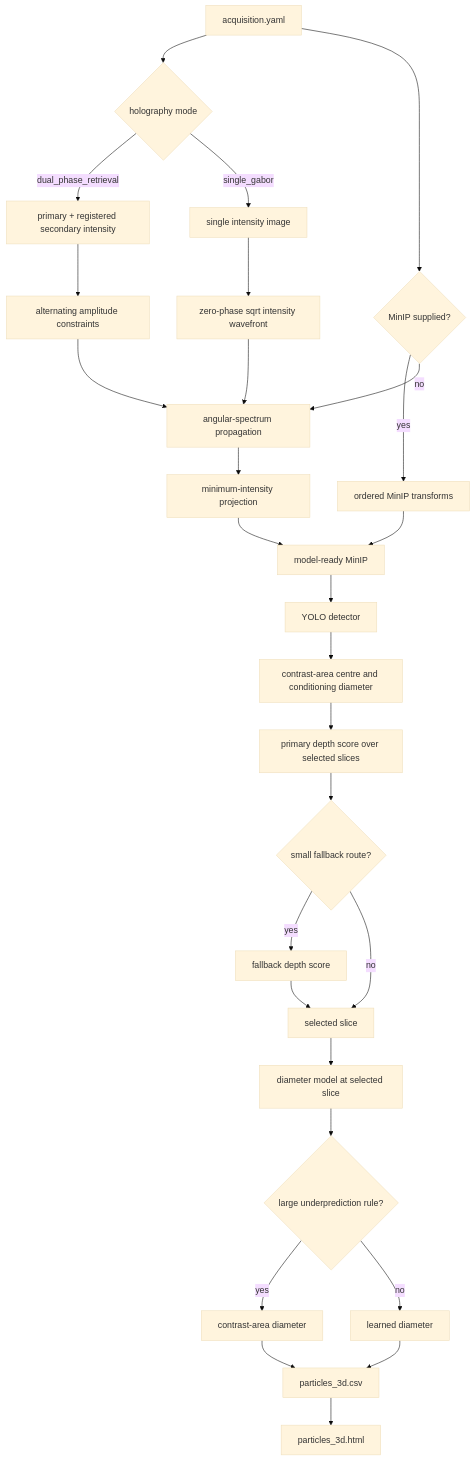
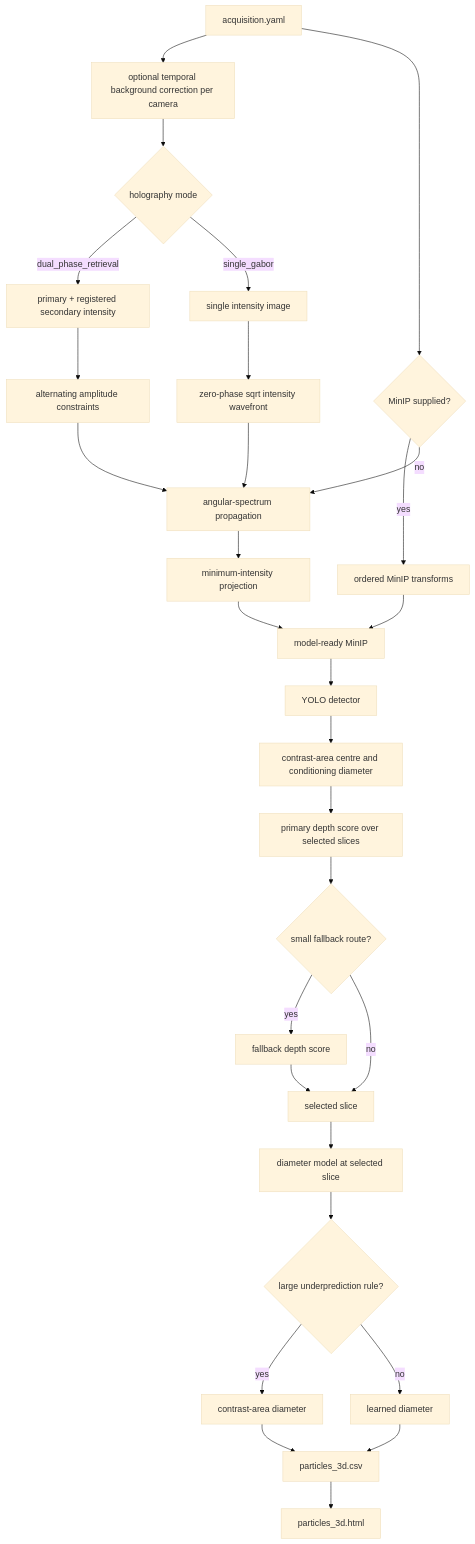
One commit to dainakai/HoloD3 changed the diagram in docs/architecture.md. Above: the diagram before and after it, drawn with Mermaid (base theme). The commit also changed other lines of this file and 19 other files, not shown here.

Commit message:
Add optional temporal background removal for hologram sequences

````diff
--- a/docs/architecture.md
+++ b/docs/architecture.md
@@ -5,30 +5,31 @@
 ```mermaid
 flowchart TD
-    A[acquisition.yaml] --> B{holography mode}
+    A[acquisition.yaml] --> BG[optional temporal background correction per camera]
+    BG --> B{holography mode}
     B -->|dual_phase_retrieval| C[primary + registered secondary intensity]
     B -->|single_gabor| D[single intensity image]
     C --> E[alternating amplitude constraints]
     D --> F[zero-phase sqrt intensity wavefront]
     E --> G[angular-spectrum propagation]
     F --> G
     A --> H{MinIP supplied?}
     H -->|yes| I[ordered MinIP transforms]
     H -->|no| G
     G --> J[minimum-intensity projection]
     I --> K[model-ready MinIP]
     J --> K
     K --> L[YOLO detector]
     L --> M[contrast-area centre and conditioning diameter]
     M --> N[primary depth score over selected slices]
     N --> O{small fallback route?}
     O -->|yes| P[fallback depth score]
     O -->|no| Q[selected slice]
     P --> Q
     Q --> R[diameter model at selected slice]
     R --> S{large underprediction rule?}
     S -->|yes| T[contrast-area diameter]
     S -->|no| U[learned diameter]
     T --> V[particles_3d.csv]
     U --> V
     V --> W[particles_3d.html]
 ```
````
